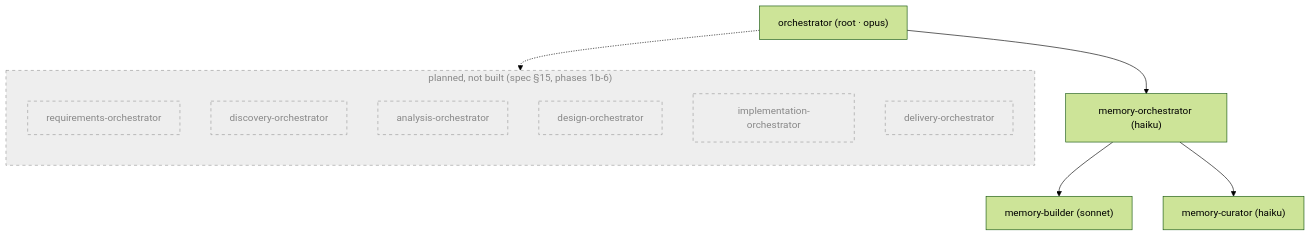
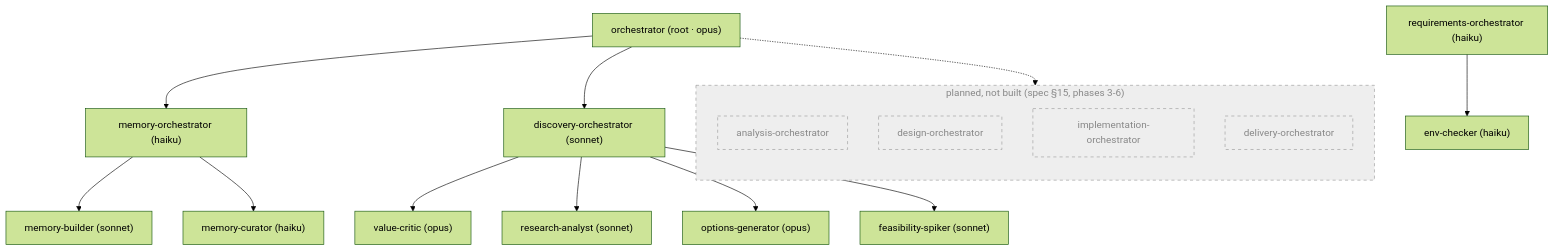
One commit to davidgarciagordo/swarm changed the first of 3 diagrams in README.md. Above: the diagram before and after it, drawn with Mermaid (forest theme). The commit also changed other lines of this file and 3 other files, not shown here.

````diff
--- a/README.md
+++ b/README.md
@@ -22,27 +23,38 @@
 ```mermaid
 flowchart TD
     O["orchestrator (root · opus)"]
     MO["memory-orchestrator (haiku)"]
     MB["memory-builder (sonnet)"]
     MC["memory-curator (haiku)"]
+    RO["requirements-orchestrator (haiku)"]
+    EC["env-checker (haiku)"]
+    DO["discovery-orchestrator (sonnet)"]
+    VC["value-critic (opus)"]
+    RA["research-analyst (sonnet)"]
+    OG["options-generator (opus)"]
+    FS["feasibility-spiker (sonnet)"]
 
     O --> MO
     MO --> MB
     MO --> MC
+    O --> DO
+    DO --> VC
+    DO --> RA
+    DO --> OG
+    DO --> FS
+    RO --> EC
 
-    subgraph planned["planned, not built (spec §15, phases 1b-6)"]
+    subgraph planned["planned, not built (spec §15, phases 3-6)"]
         direction TB
-        RO["requirements-orchestrator"]
-        DO["discovery-orchestrator"]
         AO["analysis-orchestrator"]
         DGO["design-orchestrator"]
         IO["implementation-orchestrator"]
         DLO["delivery-orchestrator"]
     end
 
     O -.-> planned
 
     classDef planned fill:#eee,stroke:#999,color:#888,stroke-dasharray: 5 5;
-    class RO,DO,AO,DGO,IO,DLO planned
+    class AO,DGO,IO,DLO planned
     class planned planned
 ```
````
